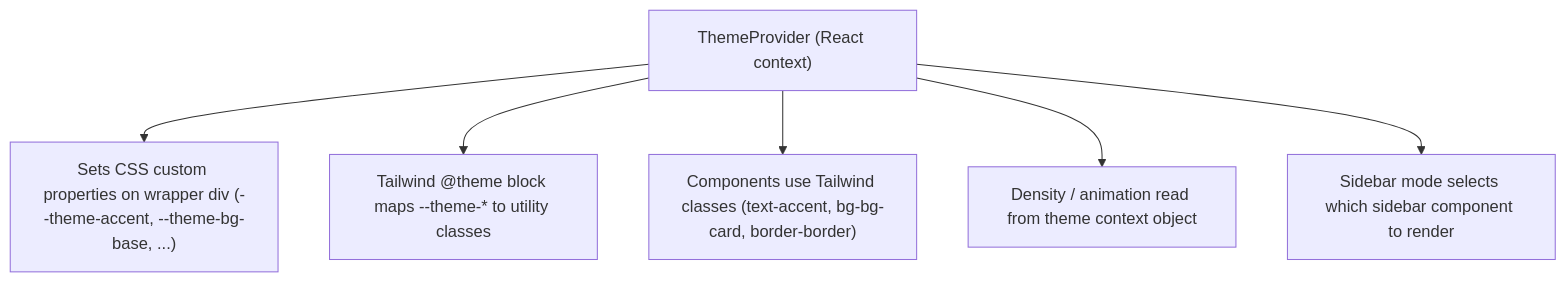
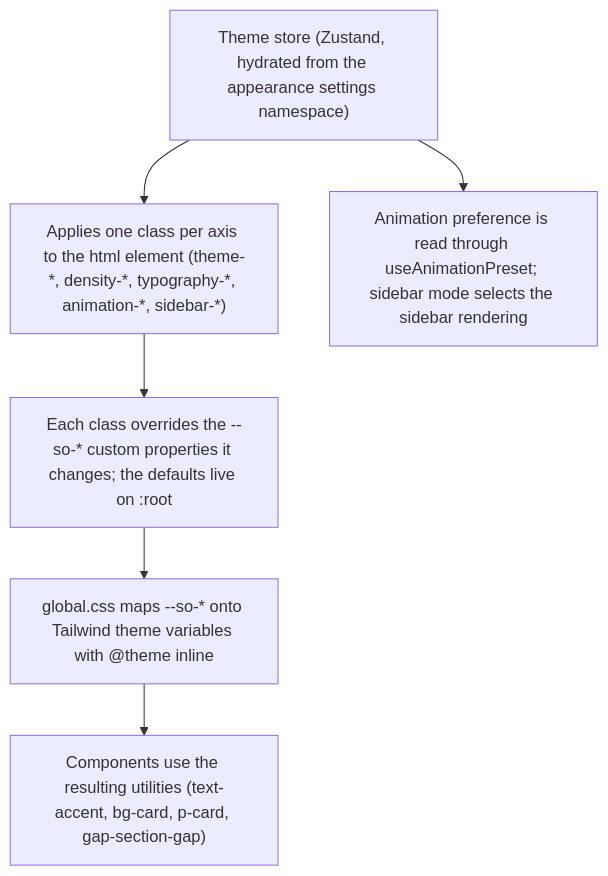
The diagram in docs/design/brand-and-ux.md (Aureliolo/synthorg), drawn with Mermaid before and after one commit. The commit also changed other lines of this file and 140 other files, not shown here.

````diff
--- a/docs/design/brand-and-ux.md
+++ b/docs/design/brand-and-ux.md
@@ -154,9 +232,9 @@
 ```mermaid
 flowchart TD
-    TP["ThemeProvider (React context)"]
-    TP --> P1["Sets CSS custom properties on wrapper div (--theme-accent, --theme-bg-base, ...)"]
-    TP --> P2["Tailwind @theme block maps --theme-* to utility classes"]
-    TP --> P3["Components use Tailwind classes (text-accent, bg-bg-card, border-border)"]
-    TP --> P4["Density / animation read from theme context object"]
-    TP --> P5["Sidebar mode selects which sidebar component to render"]
+    TS["Theme store (Zustand, hydrated from the appearance settings namespace)"]
+    TS --> P1["Applies one class per axis to the html element (theme-*, density-*, typography-*, animation-*, sidebar-*)"]
+    P1 --> P2["Each class overrides the --so-* custom properties it changes; the defaults live on :root"]
+    P2 --> P3["global.css maps --so-* onto Tailwind theme variables with @theme inline"]
+    P3 --> P4["Components use the resulting utilities (text-accent, bg-card, p-card, gap-section-gap)"]
+    TS --> P5["Animation preference is read through useAnimationPreset; sidebar mode selects the sidebar rendering"]
 ```
````
